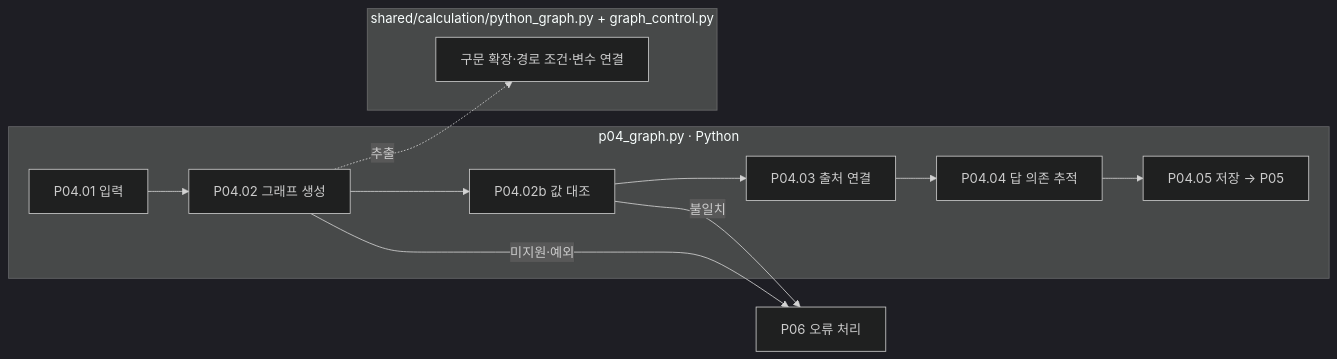
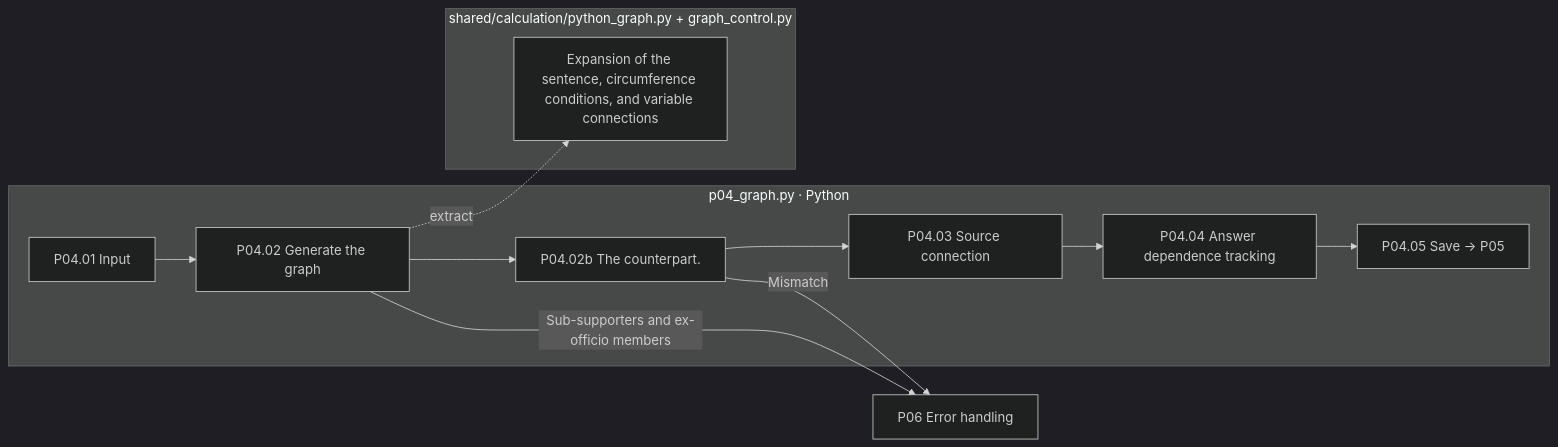
One commit to pnu-clink/finject changed the diagram in src/finarch/documentation/templates/stages/01-dataset/01-preparation/04-graph/README.md. Above: the diagram before and after it, drawn with Mermaid (dark theme). The commit also changed other lines of this file and 644 other files, not shown here.

````diff
--- a/src/finarch/documentation/templates/stages/01-dataset/01-preparation/04-graph/README.md
+++ b/src/finarch/documentation/templates/stages/01-dataset/01-preparation/04-graph/README.md
@@ -20,12 +20,12 @@
 ```mermaid
 flowchart LR
  subgraph P["p04_graph.py · Python"]
-  A["P04.01 입력"] --> B["P04.02 그래프 생성"] --> C["P04.02b 값 대조"]
-  C --> D["P04.03 출처 연결"] --> E["P04.04 답 의존 추적"] --> F["P04.05 저장 → P05"]
+  A["P04.01 Input"] --> B["P04.02 Generate the graph"] --> C["P04.02b The counterpart."]
+  C --> D["P04.03 Source connection"] --> E["P04.04 Answer dependence tracking"] --> F["P04.05 Save → P05"]
  end
  subgraph G["shared/calculation/python_graph.py + graph_control.py"]
-  B -. 추출 .-> G1["구문 확장·경로 조건·변수 연결"]
+  B -. extract .-> G1["Expansion of the sentence, circumference conditions, and variable connections"]
  end
- C -->|불일치| X["P06 오류 처리"]
- B -->|미지원·예외| X
+ C -->|Mismatch| X["P06 Error handling"]
+ B -->|Sub-supporters and ex-officio members| X
 ```
````
